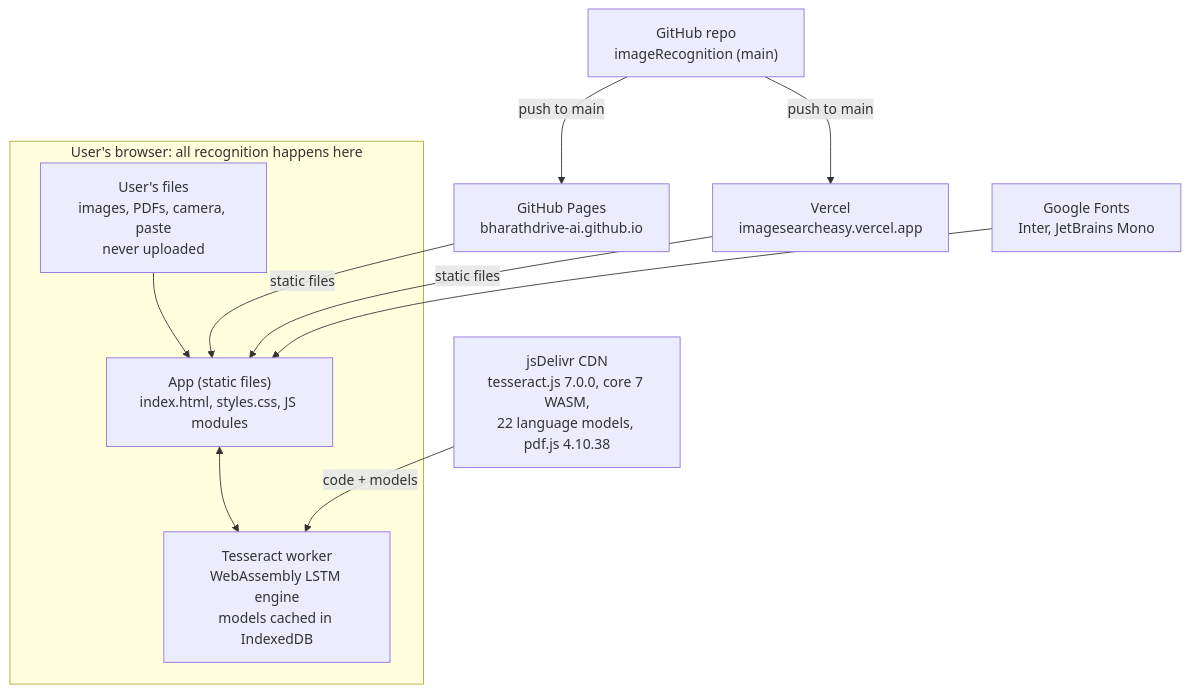
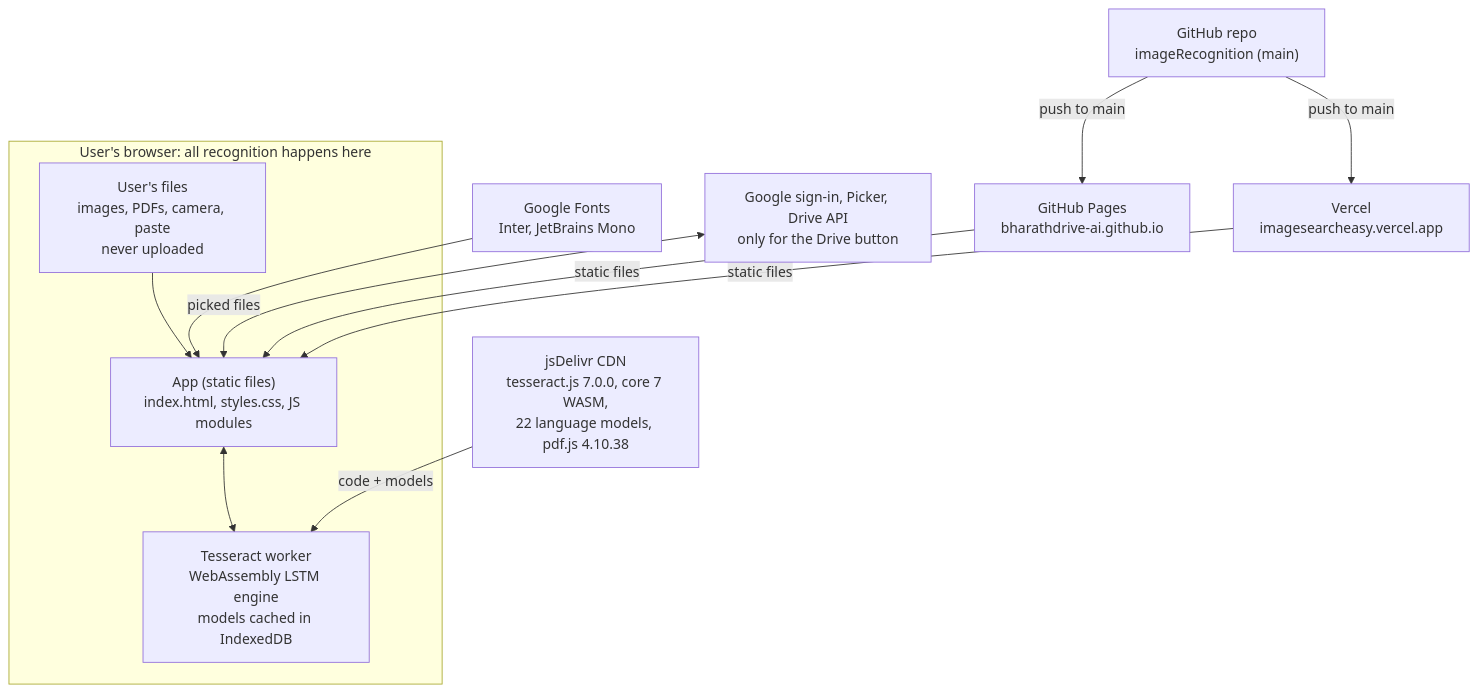
The first of 3 diagrams in ARCHITECTURE.md (bharathdrive-ai/imageRecognition), drawn with Mermaid before and after one commit. The commit also changed other lines of this file, not shown here.

Commit message:
docs: add Google Drive import to the architecture document

````diff
--- a/ARCHITECTURE.md
+++ b/ARCHITECTURE.md
@@ -15,21 +15,22 @@
 ```mermaid
 flowchart TB
     repo["GitHub repo<br/>imageRecognition (main)"]
     pages["GitHub Pages<br/>bharathdrive-ai.github.io"]
     vercel["Vercel<br/>imagesearcheasy.vercel.app"]
     repo -- "push to main" --> pages
     repo -- "push to main" --> vercel
 
     subgraph browser["User's browser: all recognition happens here"]
         files["User's files<br/>images, PDFs, camera, paste<br/>never uploaded"]
         app["App (static files)<br/>index.html, styles.css, JS modules"]
         worker["Tesseract worker<br/>WebAssembly LSTM engine<br/>models cached in IndexedDB"]
         files --> app
         app <--> worker
     end
 
     pages -- "static files" --> app
     vercel -- "static files" --> app
     cdn["jsDelivr CDN<br/>tesseract.js 7.0.0, core 7 WASM,<br/>22 language models, pdf.js 4.10.38"] -- "code + models" --> worker
     fonts["Google Fonts<br/>Inter, JetBrains Mono"] --> app
+    google["Google sign-in, Picker, Drive API<br/>only for the Drive button"] <-- "picked files" --> app
 ```
````
